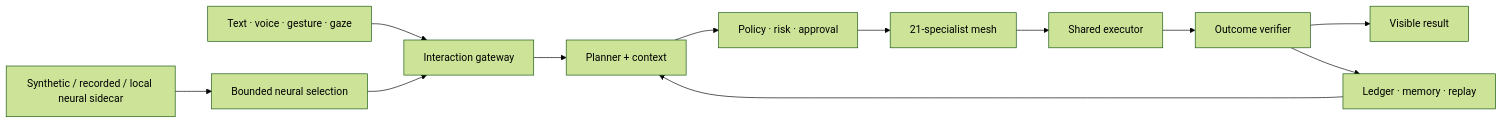
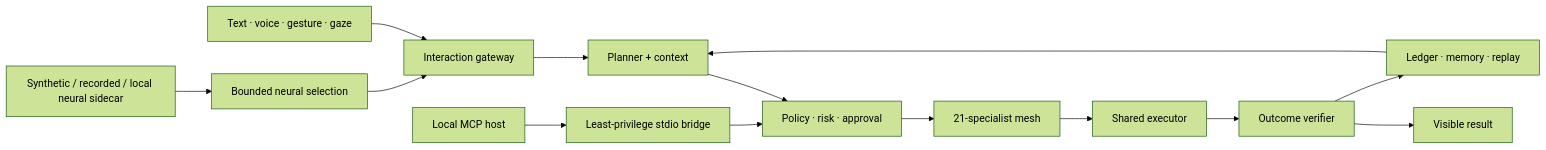
One commit to Abhi190702/Heliox-OS changed the diagram in README.md. Above: the diagram before and after it, drawn with Mermaid (forest theme). The commit also changed other lines of this file and 4 other files, not shown here.

````diff
--- a/README.md
+++ b/README.md
@@ -125,14 +126,16 @@
 ```mermaid
 flowchart LR
     Input[Text · voice · gesture · gaze] --> Gateway[Interaction gateway]
     Gateway --> Planner[Planner + context]
     Planner --> Safety[Policy · risk · approval]
     Safety --> Mesh[21-specialist mesh]
     Mesh --> Executor[Shared executor]
     Executor --> Verifier[Outcome verifier]
     Verifier --> Result[Visible result]
     Verifier --> Memory[Ledger · memory · replay]
     Memory --> Planner
     Neurod[Synthetic / recorded / local neural sidecar] --> NeuralSelect[Bounded neural selection]
     NeuralSelect --> Gateway
+    MCPHost[Local MCP host] --> MCPBridge[Least-privilege stdio bridge]
+    MCPBridge --> Safety
 ```
````
